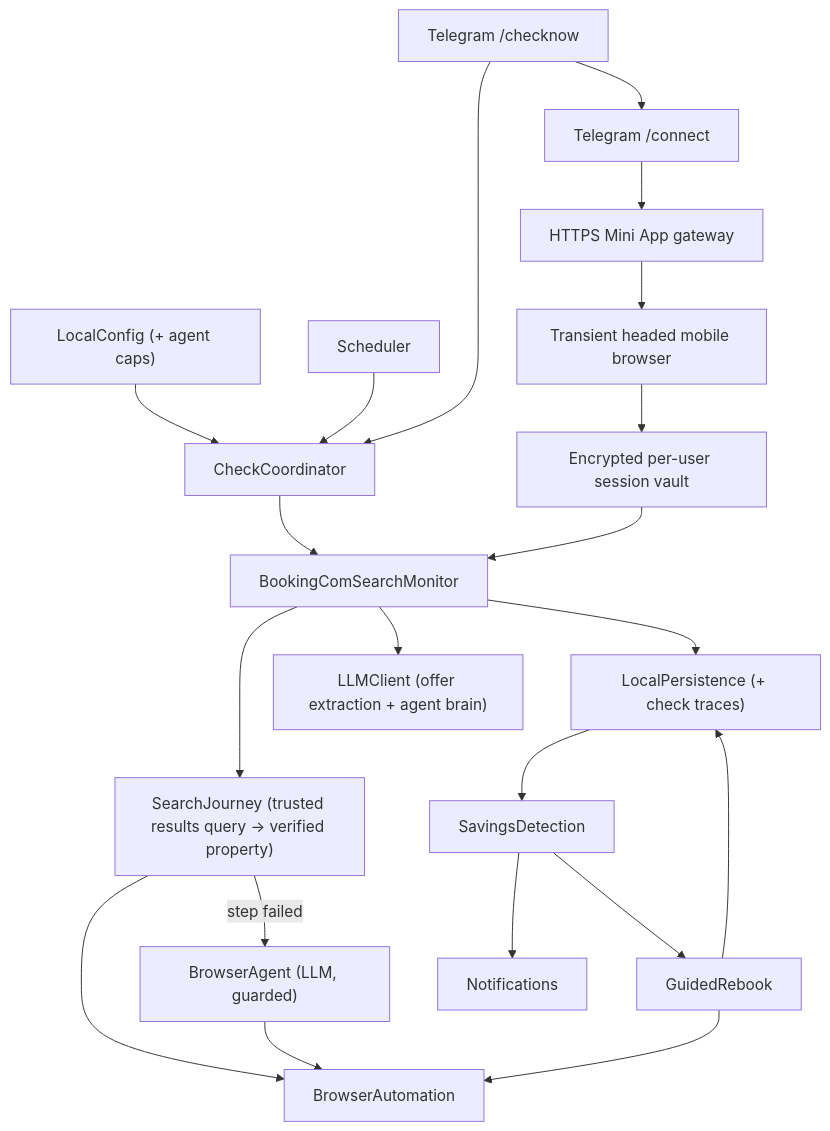
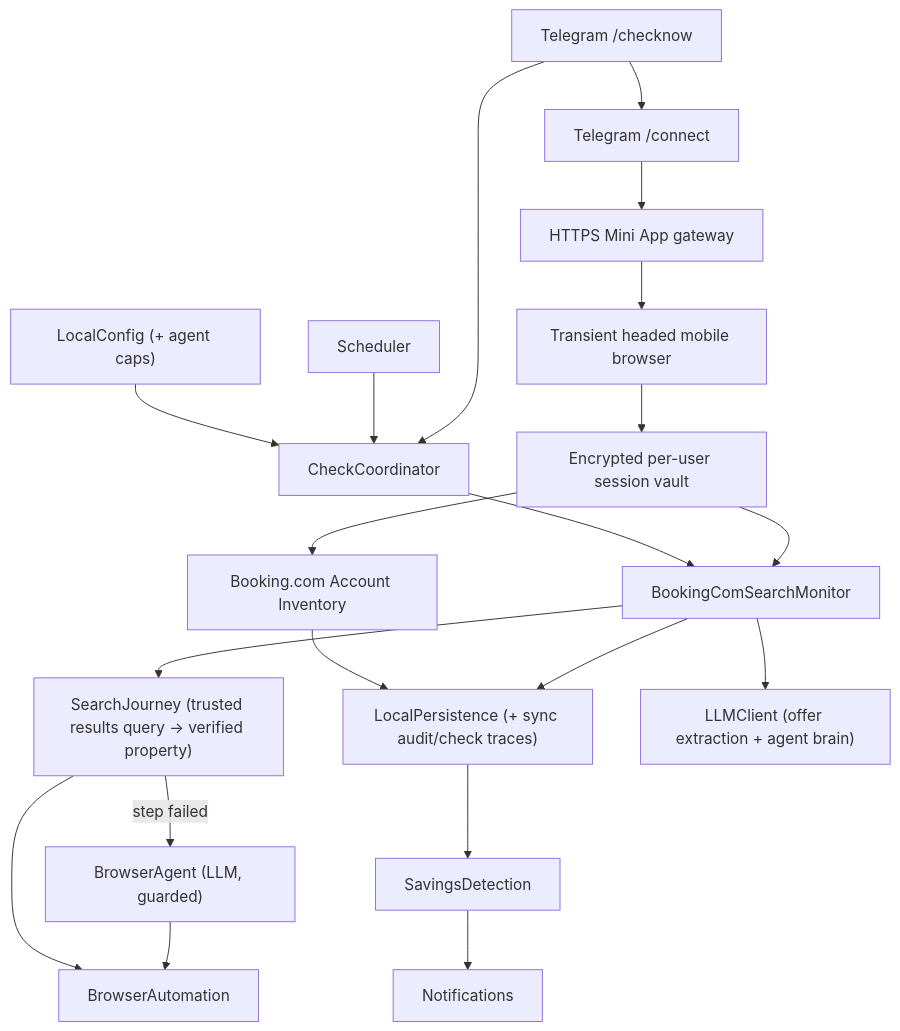
The diagram in memory-bank/standards/system-architecture.md (romkagribok/booksaver-agent), drawn with Mermaid before and after one commit. The commit also changed other lines of this file and 67 other files, not shown here.

First line of the commit message:
feat: synchronize bookings from Booking.com accounts

````diff
--- a/memory-bank/standards/system-architecture.md
+++ b/memory-bank/standards/system-architecture.md
@@ -7,23 +7,22 @@
 ```mermaid
 flowchart TB
     Config["LocalConfig (+ agent caps)"] --> Coordinator["CheckCoordinator"]
     Scheduler["Scheduler"] --> Coordinator
     Telegram["Telegram /checknow"] --> Coordinator
     Telegram --> Connect["Telegram /connect"]
     Connect --> AuthGateway["HTTPS Mini App gateway"]
     AuthGateway --> LoginBrowser["Transient headed mobile browser"]
     LoginBrowser --> SessionVault["Encrypted per-user session vault"]
+    SessionVault --> Inventory["Booking.com Account Inventory"]
+    Inventory --> Store["LocalPersistence (+ sync audit/check traces)"]
     Coordinator --> Monitor["BookingComSearchMonitor"]
     SessionVault --> Monitor
     Monitor --> Journey["SearchJourney (trusted results query → verified property)"]
     Journey --> Browser["BrowserAutomation"]
     Journey -- "step failed" --> Agent["BrowserAgent (LLM, guarded)"]
     Agent --> Browser
     Monitor --> LLM["LLMClient (offer extraction + agent brain)"]
-    Monitor --> Store["LocalPersistence (+ check traces)"]
+    Monitor --> Store
     Store --> Savings["SavingsDetection"]
     Savings --> Notify["Notifications"]
-    Savings --> Rebook["GuidedRebook"]
-    Rebook --> Browser
-    Rebook --> Store
 ```
````
